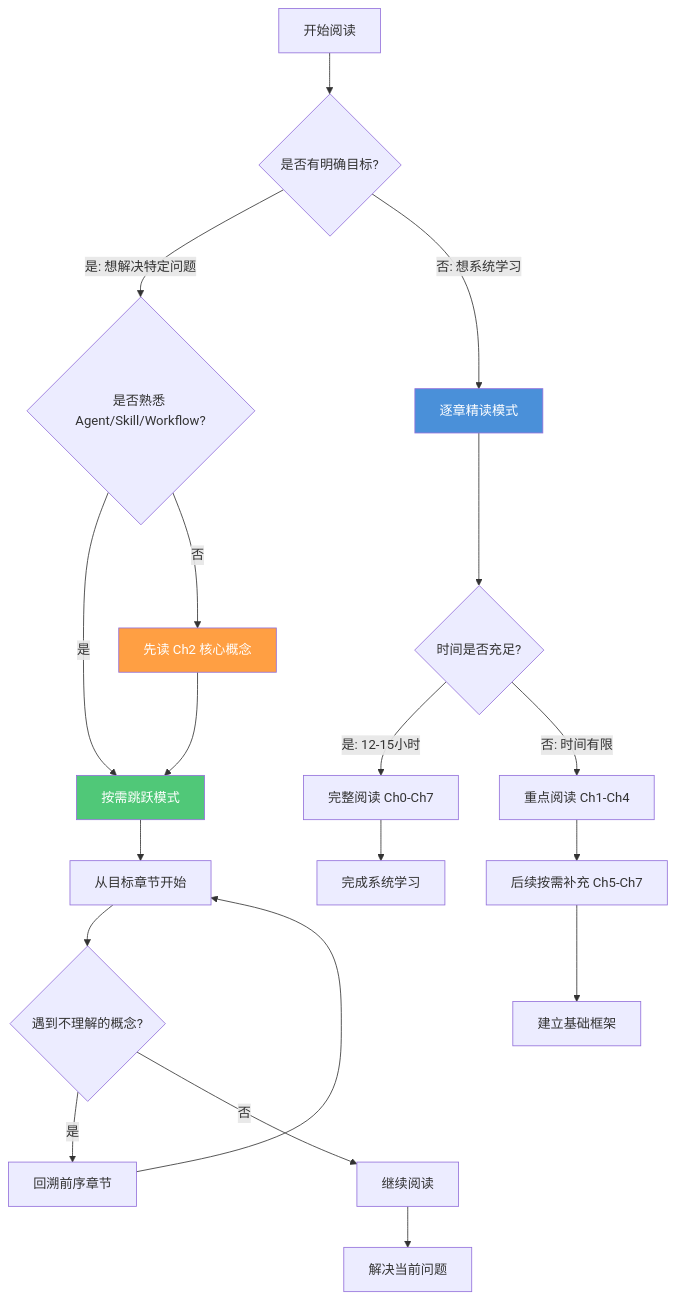
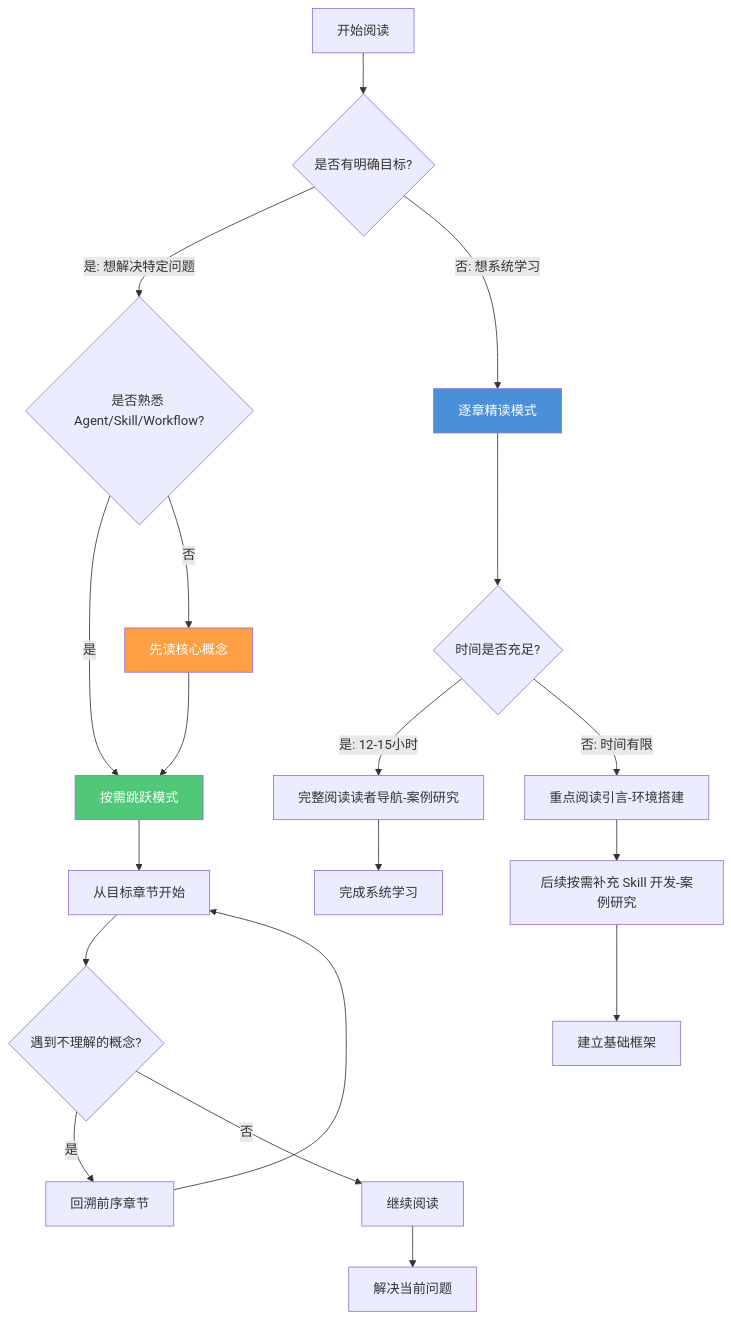
One commit to tonydeng/harness-engineering-from-oc-to-ai-coding changed the first of 2 diagrams in src/00-guide/how-to-read.md. Above: the diagram before and after it, drawn with Mermaid. The commit also changed other lines of this file and 3 other files, not shown here.

````diff
--- a/src/00-guide/how-to-read.md
+++ b/src/00-guide/how-to-read.md
@@ -66,25 +66,25 @@
 ```mermaid
 flowchart TB
     A[开始阅读] --> B{是否有明确目标?}
     B -->|是: 想解决特定问题| C{是否熟悉 Agent/Skill/Workflow?}
     B -->|否: 想系统学习| D[逐章精读模式]
     C -->|是| E[按需跳跃模式]
-    C -->|否| F[先读 Ch2 核心概念]
+    C -->|否| F[先读核心概念]
     F --> E
     D --> G{时间是否充足?}
-    G -->|是: 12-15小时| H[完整阅读 Ch0-Ch7]
-    G -->|否: 时间有限| I[重点阅读 Ch1-Ch4]
-    I --> J[后续按需补充 Ch5-Ch7]
+    G -->|是: 12-15小时| H[完整阅读读者导航-案例研究]
+    G -->|否: 时间有限| I[重点阅读引言-环境搭建]
+    I --> J[后续按需补充 Skill 开发-案例研究]
     E --> K[从目标章节开始]
     K --> L{遇到不理解的概念?}
     L -->|是| M[回溯前序章节]
     M --> K
     L -->|否| N[继续阅读]
     H --> O[完成系统学习]
     J --> P[建立基础框架]
     N --> Q[解决当前问题]
 
     style D fill:#4A90D9,color:#fff
     style E fill:#50C878,color:#fff
     style F fill:#FF9F43,color:#fff
 ```
````
